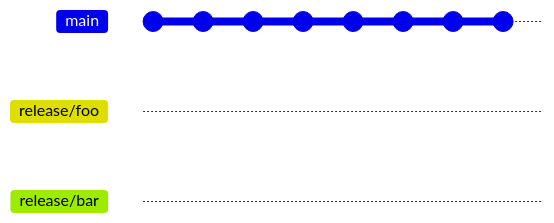
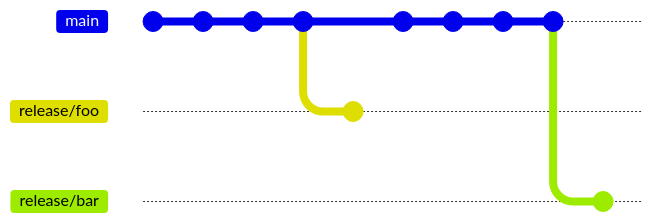
One commit to murilobeltrame/vsd-cloud-e-devops changed the first of 2 diagrams in docs/Git e GitHub/Branching e Merging.md. Above: the diagram before and after it, drawn with Mermaid. Commit ids are hidden.

Commit message:
corrigindo grafico

````diff
--- a/docs/Git e GitHub/Branching e Merging.md
+++ b/docs/Git e GitHub/Branching e Merging.md
@@ -12,15 +12,19 @@
 ```mermaid
 gitGraph
     commit
     commit
     commit
     commit
     branch release/foo
+    checkout release/foo
+    commit
     checkout main
     commit
     commit
     commit
     commit
     branch release/bar
+    checkout release/bar
+    commit
     checkout main
 ```
````
